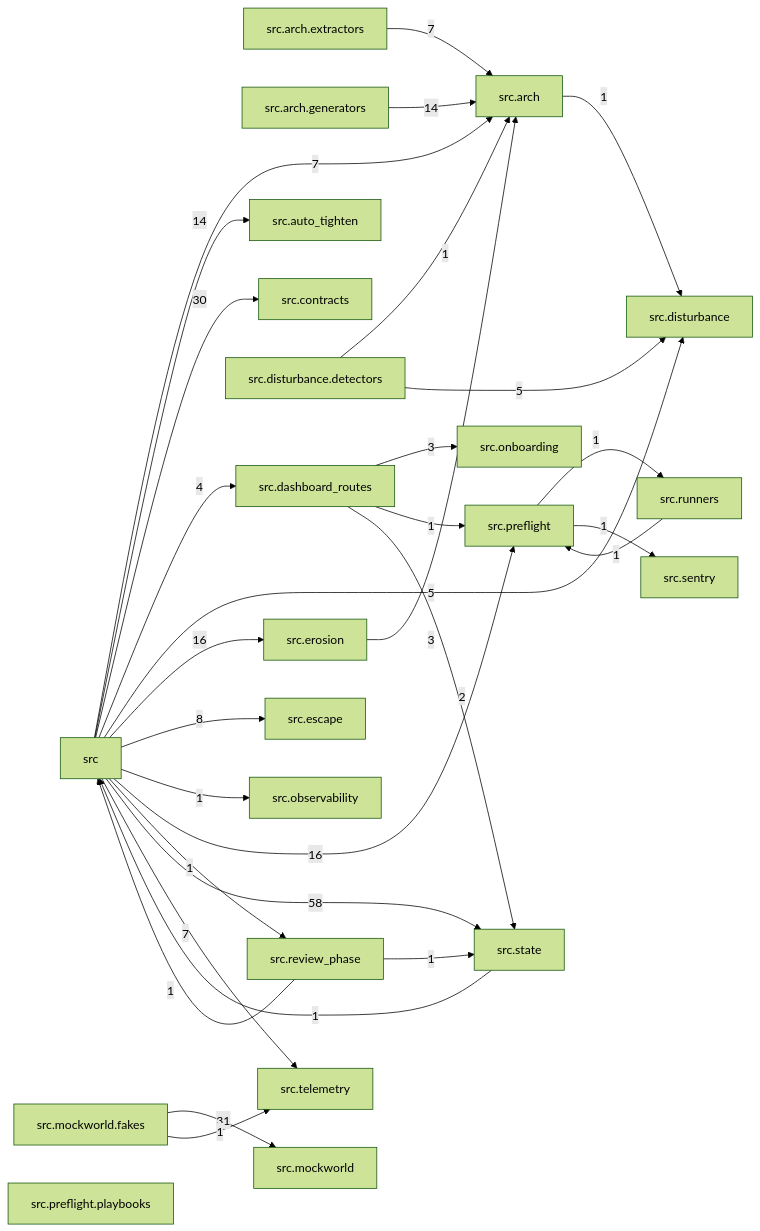
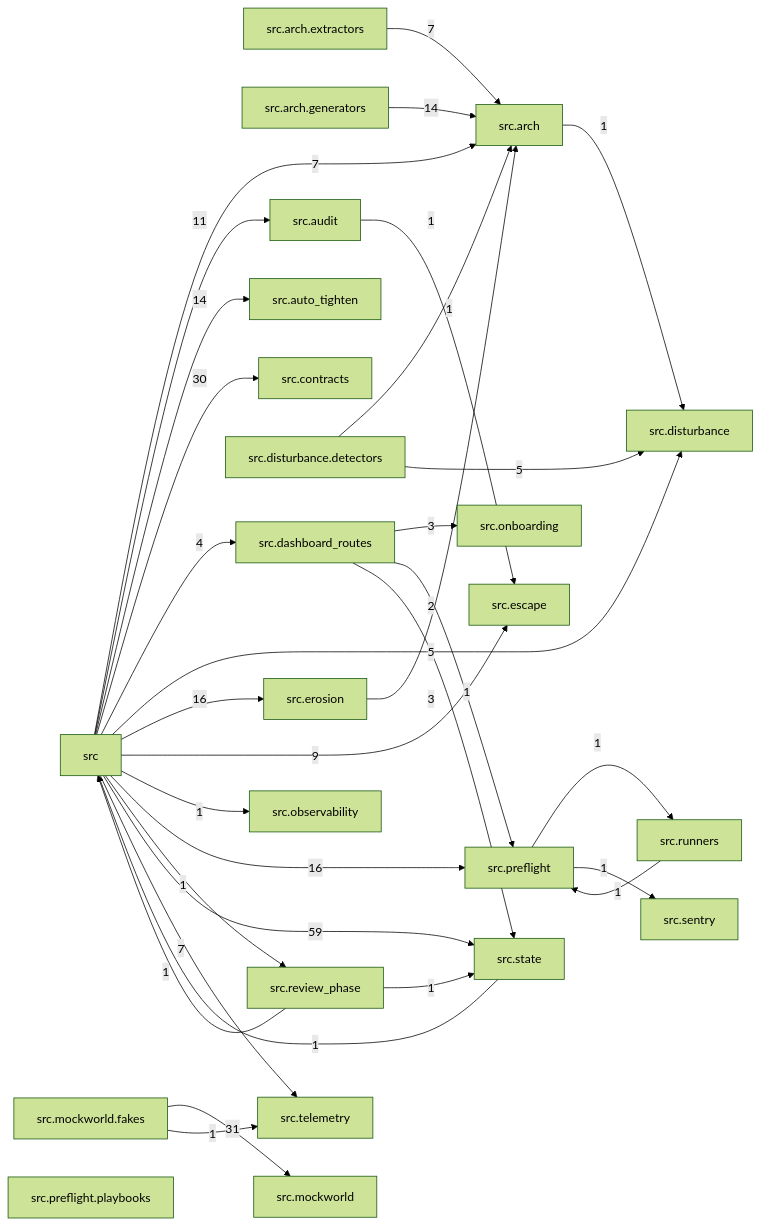
One commit to T-rav/hydraflow changed the diagram in docs/arch/generated/modules.md. Above: the diagram before and after it, drawn with Mermaid (forest theme). The commit also changed 39 other files, not shown here.

````diff
--- a/docs/arch/generated/modules.md
+++ b/docs/arch/generated/modules.md
@@ -7,54 +7,57 @@
 ```mermaid
 graph LR
     src["src"]
     src_arch["src.arch"]
     src_arch_extractors["src.arch.extractors"]
     src_arch_generators["src.arch.generators"]
+    src_audit["src.audit"]
     src_auto_tighten["src.auto_tighten"]
     src_contracts["src.contracts"]
     src_dashboard_routes["src.dashboard_routes"]
     src_disturbance["src.disturbance"]
     src_disturbance_detectors["src.disturbance.detectors"]
     src_erosion["src.erosion"]
     src_escape["src.escape"]
     src_mockworld["src.mockworld"]
     src_mockworld_fakes["src.mockworld.fakes"]
     src_observability["src.observability"]
     src_onboarding["src.onboarding"]
     src_preflight["src.preflight"]
     src_preflight_playbooks["src.preflight.playbooks"]
     src_review_phase["src.review_phase"]
     src_runners["src.runners"]
     src_sentry["src.sentry"]
     src_state["src.state"]
     src_telemetry["src.telemetry"]
     src -- "7" --> src_arch
+    src -- "11" --> src_audit
     src -- "14" --> src_auto_tighten
     src -- "30" --> src_contracts
     src -- "4" --> src_dashboard_routes
     src -- "5" --> src_disturbance
     src -- "16" --> src_erosion
-    src -- "8" --> src_escape
+    src -- "9" --> src_escape
     src -- "1" --> src_observability
     src -- "16" --> src_preflight
     src -- "1" --> src_review_phase
-    src -- "58" --> src_state
+    src -- "59" --> src_state
     src -- "7" --> src_telemetry
     src_arch -- "1" --> src_disturbance
     src_arch_extractors -- "7" --> src_arch
     src_arch_generators -- "14" --> src_arch
+    src_audit -- "1" --> src_escape
     src_dashboard_routes -- "3" --> src_onboarding
     src_dashboard_routes -- "1" --> src_preflight
     src_dashboard_routes -- "2" --> src_state
     src_disturbance_detectors -- "1" --> src_arch
     src_disturbance_detectors -- "5" --> src_disturbance
     src_erosion -- "3" --> src_arch
     src_mockworld_fakes -- "31" --> src_mockworld
     src_mockworld_fakes -- "1" --> src_telemetry
     src_preflight -- "1" --> src_runners
     src_preflight -- "1" --> src_sentry
     src_review_phase -- "1" --> src
     src_review_phase -- "1" --> src_state
     src_runners -- "1" --> src_preflight
     src_state -- "1" --> src
 ```
````
